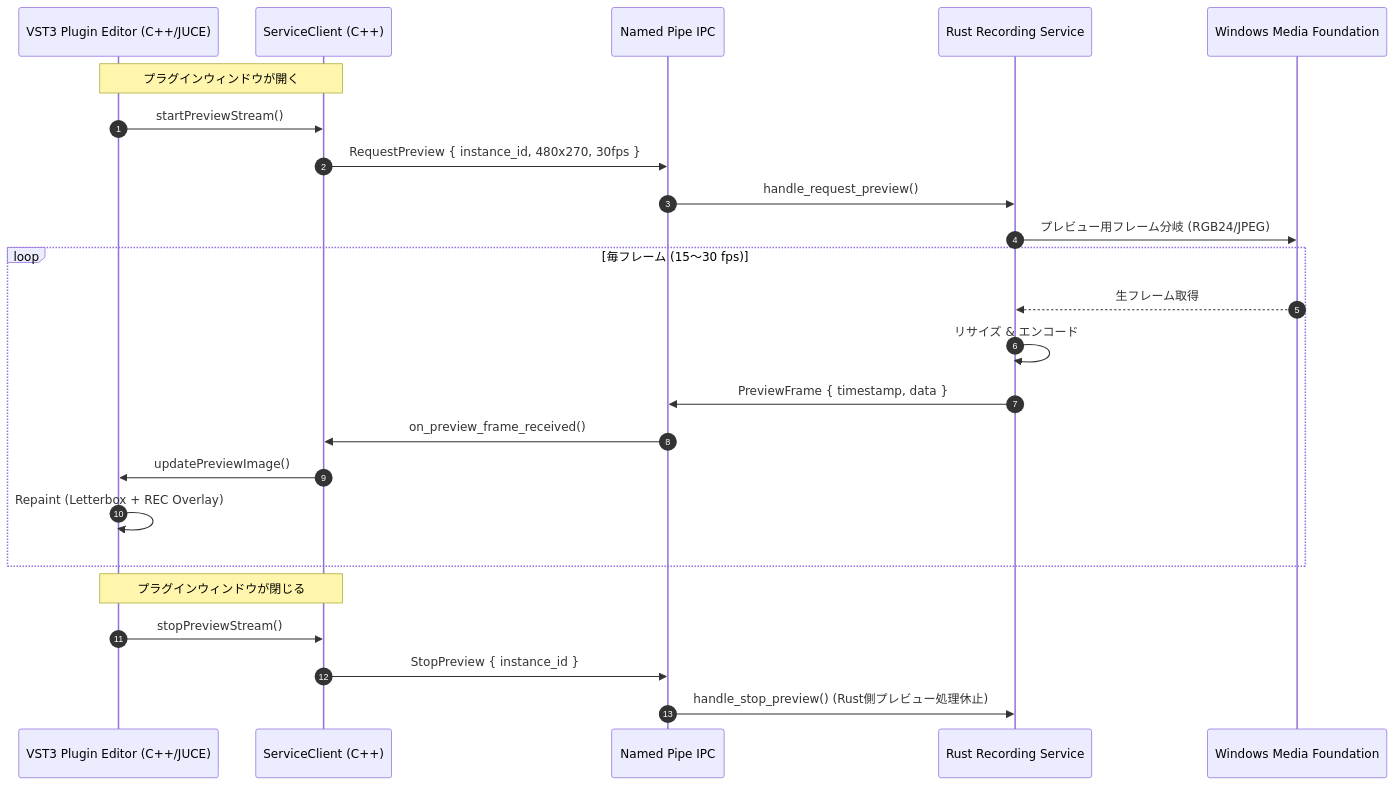
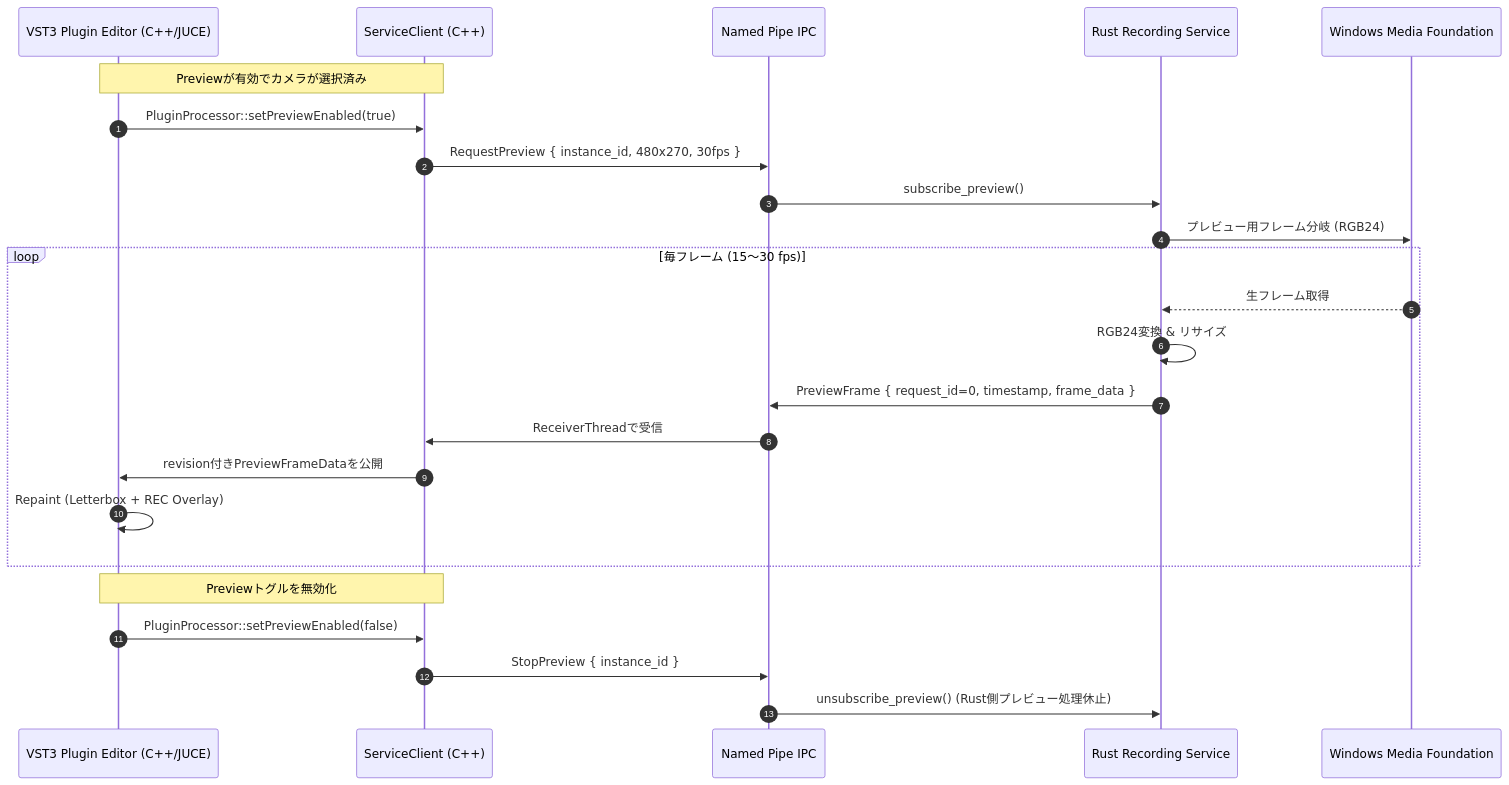
Before and after one commit to hiro-1219/daw-video-recorder: the diagram in docs/gui_video_preview_design.md, drawn with Mermaid. The commit also changed other lines of this file and 14 other files, not shown here.

````diff
--- a/docs/gui_video_preview_design.md
+++ b/docs/gui_video_preview_design.md
@@ -11,29 +11,29 @@
 ```mermaid
 sequenceDiagram
     autonumber
     participant GUI as VST3 Plugin Editor (C++/JUCE)
     participant Client as ServiceClient (C++)
     participant IPC as Named Pipe IPC
     participant Service as Rust Recording Service
     participant MF as Windows Media Foundation
 
-    Note over GUI,Client: プラグインウィンドウが開く
-    GUI->>Client: startPreviewStream()
+    Note over GUI,Client: Previewが有効でカメラが選択済み
+    GUI->>Client: PluginProcessor::setPreviewEnabled(true)
     Client->>IPC: RequestPreview { instance_id, 480x270, 30fps }
-    IPC->>Service: handle_request_preview()
-    Service->>MF: プレビュー用フレーム分岐 (RGB24/JPEG)
+    IPC->>Service: subscribe_preview()
+    Service->>MF: プレビュー用フレーム分岐 (RGB24)
     
     loop 毎フレーム (15〜30 fps)
         MF-->>Service: 生フレーム取得
-        Service->>Service: リサイズ & エンコード
-        Service->>IPC: PreviewFrame { timestamp, data }
-        IPC->>Client: on_preview_frame_received()
-        Client->>GUI: updatePreviewImage()
+        Service->>Service: RGB24変換 & リサイズ
+        Service->>IPC: PreviewFrame { request_id=0, timestamp, frame_data }
+        IPC->>Client: ReceiverThreadで受信
+        Client->>GUI: revision付きPreviewFrameDataを公開
         GUI->>GUI: Repaint (Letterbox + REC Overlay)
     end
 
-    Note over GUI,Client: プラグインウィンドウが閉じる
-    GUI->>Client: stopPreviewStream()
+    Note over GUI,Client: Previewトグルを無効化
+    GUI->>Client: PluginProcessor::setPreviewEnabled(false)
     Client->>IPC: StopPreview { instance_id }
-    IPC->>Service: handle_stop_preview() (Rust側プレビュー処理休止)
+    IPC->>Service: unsubscribe_preview() (Rust側プレビュー処理休止)
 ```
````
